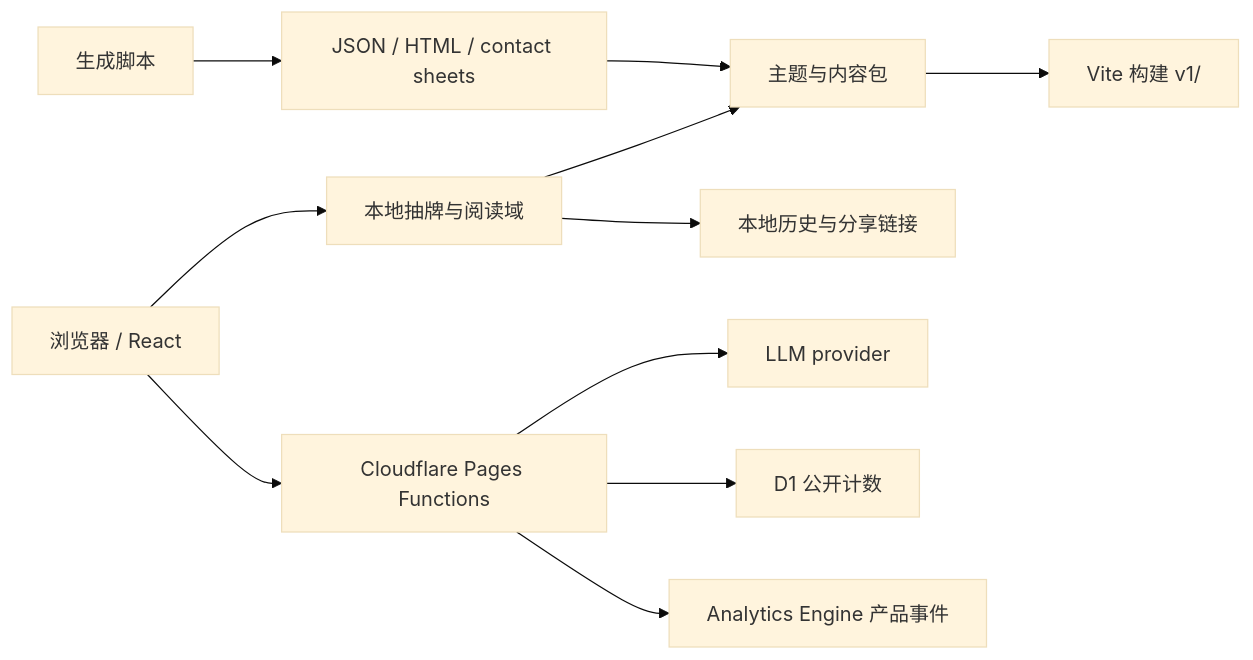
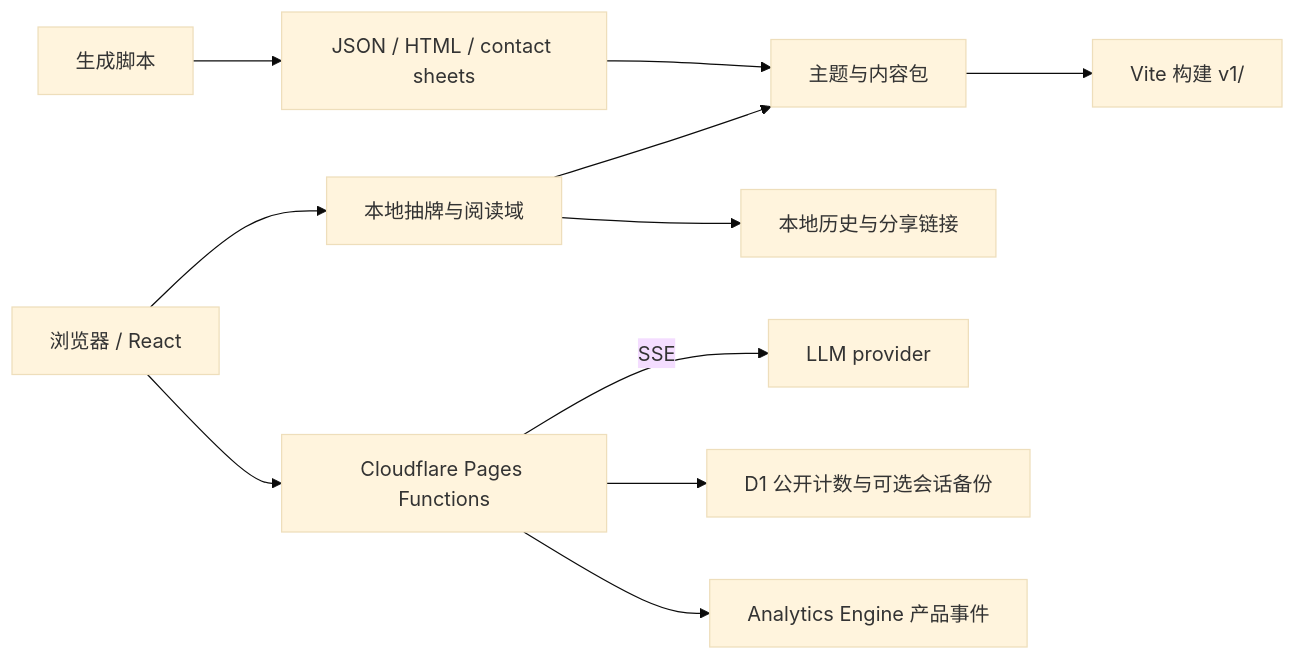
One commit to farmcan/tarot changed the diagram in docs/engineering.md. Above: the diagram before and after it, drawn with Mermaid (base theme). The commit also changed other lines of this file and 34 other files, not shown here.

````diff
--- a/docs/engineering.md
+++ b/docs/engineering.md
@@ -9,13 +9,13 @@
 ```mermaid
 flowchart LR
   U["浏览器 / React"] --> D["本地抽牌与阅读域"]
   D --> P["主题与内容包"]
   D --> H["本地历史与分享链接"]
   U --> F["Cloudflare Pages Functions"]
-  F --> L["LLM provider"]
-  F --> C["D1 公开计数"]
+  F -->|"SSE"| L["LLM provider"]
+  F --> C["D1 公开计数与可选会话备份"]
   F --> A["Analytics Engine 产品事件"]
   S["生成脚本"] --> G["JSON / HTML / contact sheets"]
   G --> P
   P --> B["Vite 构建 v1/"]
 ```
````
